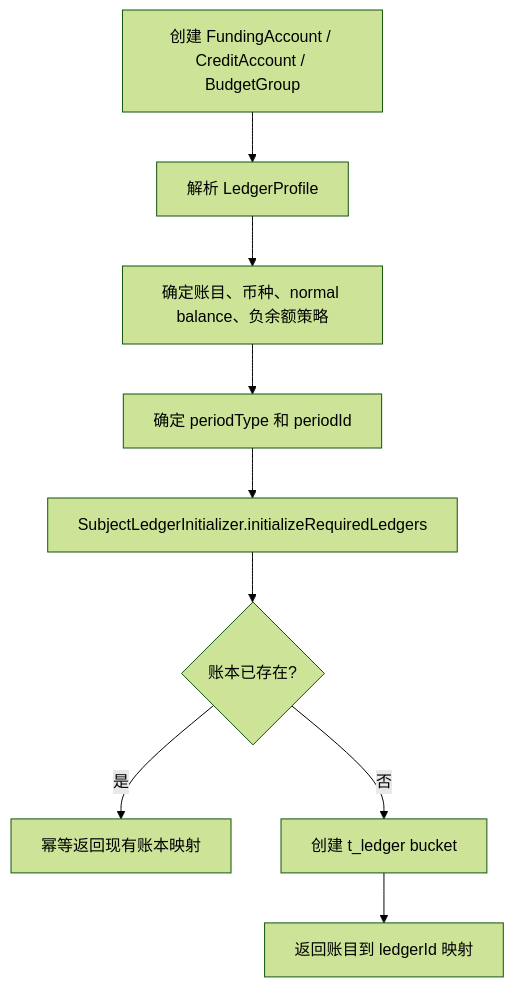
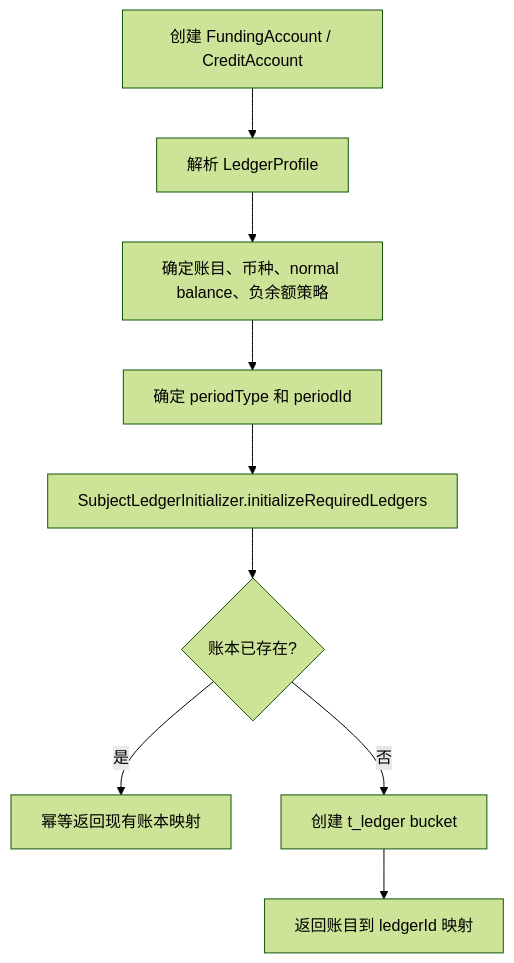
One commit to fengwuxp/wind-funds changed the eighth of 16 diagrams in docs/系分设计/02-交易路由钱包账目与投影系分设计.md. Above: the diagram before and after it, drawn with Mermaid (forest theme). The commit also changed other lines of this file and 39 other files, not shown here.

````diff
--- a/docs/系分设计/02-交易路由钱包账目与投影系分设计.md
+++ b/docs/系分设计/02-交易路由钱包账目与投影系分设计.md
@@ -405,11 +405,11 @@
 ```mermaid
 flowchart TD
-    A["创建 FundingAccount / CreditAccount / BudgetGroup"] --> B["解析 LedgerProfile"]
+    A["创建 FundingAccount / CreditAccount"] --> B["解析 LedgerProfile"]
     B --> C["确定账目、币种、normal balance、负余额策略"]
     C --> D["确定 periodType 和 periodId"]
     D --> E["SubjectLedgerInitializer.initializeRequiredLedgers"]
     E --> F{"账本已存在?"}
     F -- "是" --> G["幂等返回现有账本映射"]
     F -- "否" --> H["创建 t_ledger bucket"]
     H --> I["返回账目到 ledgerId 映射"]
 ```
````
